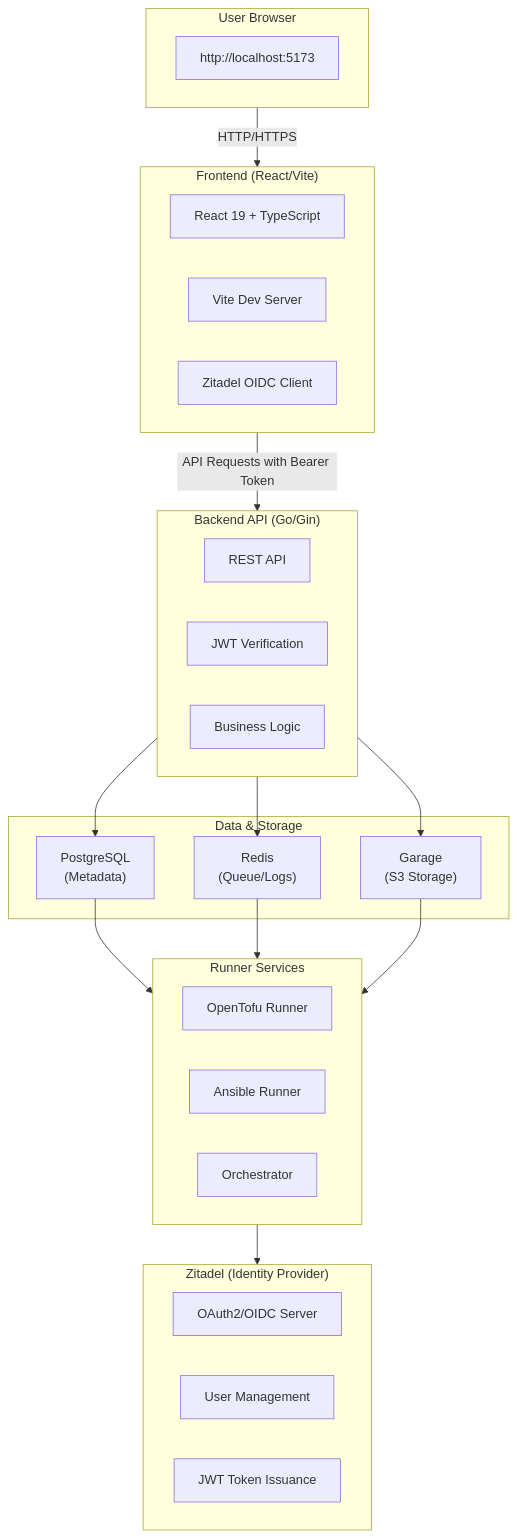
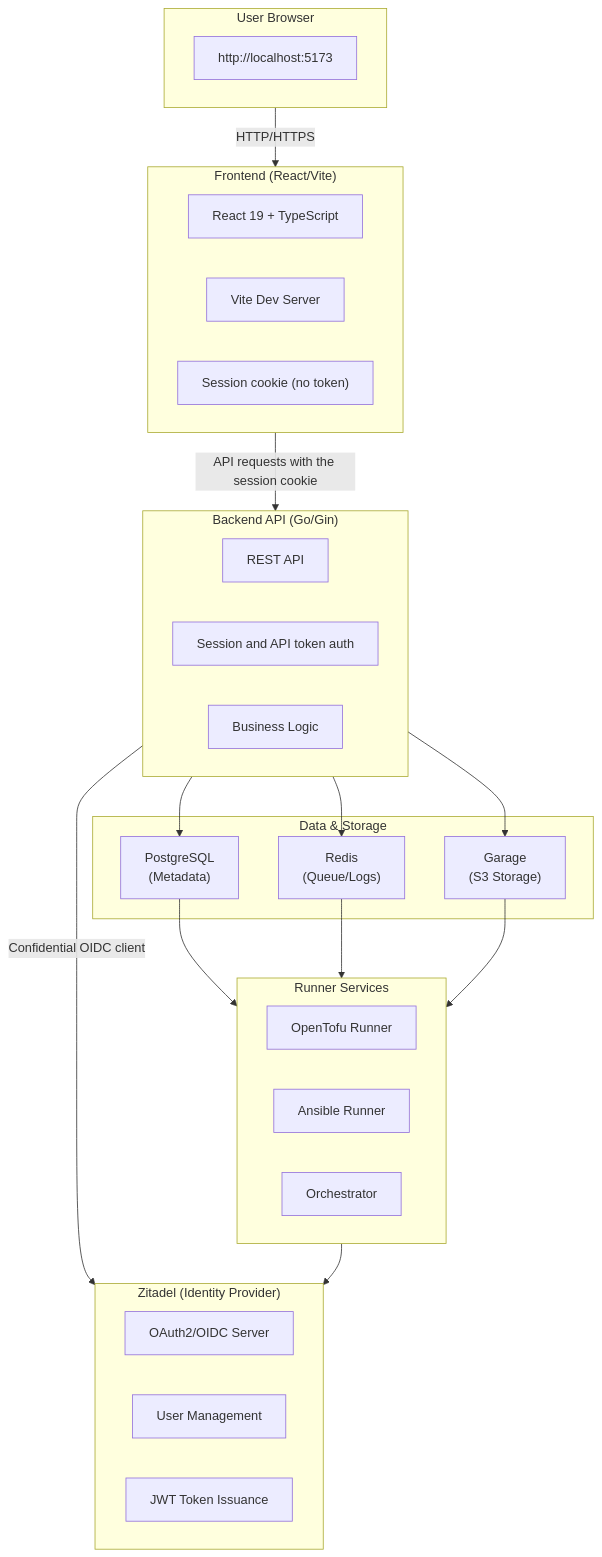
The first of 7 diagrams in docs/architecture/README.md (vhco-pro/stackweaver-frontend), drawn with Mermaid before and after one commit. The commit also changed other lines of this file and 32 other files, not shown here.

Commit message:
feat(auth): browser sessions through a backend-for-frontend (#970) (#267)

````diff
--- a/docs/architecture/README.md
+++ b/docs/architecture/README.md
@@ -14,46 +15,47 @@
 ```mermaid
 flowchart TB
     subgraph Browser["User Browser"]
         BrowserNote["http://localhost:5173"]
     end
 
     subgraph Frontend["Frontend (React/Vite)"]
         F1["React 19 + TypeScript"]
         F2["Vite Dev Server"]
-        F3["Zitadel OIDC Client"]
+        F3["Session cookie (no token)"]
     end
 
     subgraph Backend["Backend API (Go/Gin)"]
         B1["REST API"]
-        B2["JWT Verification"]
+        B2["Session and API token auth"]
         B3["Business Logic"]
     end
 
     subgraph DataLayer["Data & Storage"]
         PG["PostgreSQL<br/>(Metadata)"]
         Redis["Redis<br/>(Queue/Logs)"]
         Garage["Garage<br/>(S3 Storage)"]
     end
 
     subgraph Runners["Runner Services"]
         R1["OpenTofu Runner"]
         R2["Ansible Runner"]
         R3["Orchestrator"]
     end
 
     subgraph Zitadel["Zitadel (Identity Provider)"]
         Z1["OAuth2/OIDC Server"]
         Z2["User Management"]
         Z3["JWT Token Issuance"]
     end
 
     Browser -->|HTTP/HTTPS| Frontend
-    Frontend -->|API Requests with Bearer Token| Backend
+    Frontend -->|API requests with the session cookie| Backend
+    Backend -->|Confidential OIDC client| Zitadel
     Backend --> PG
     Backend --> Redis
     Backend --> Garage
     PG --> Runners
     Redis --> Runners
     Garage --> Runners
     Runners --> Zitadel
 ```
````
